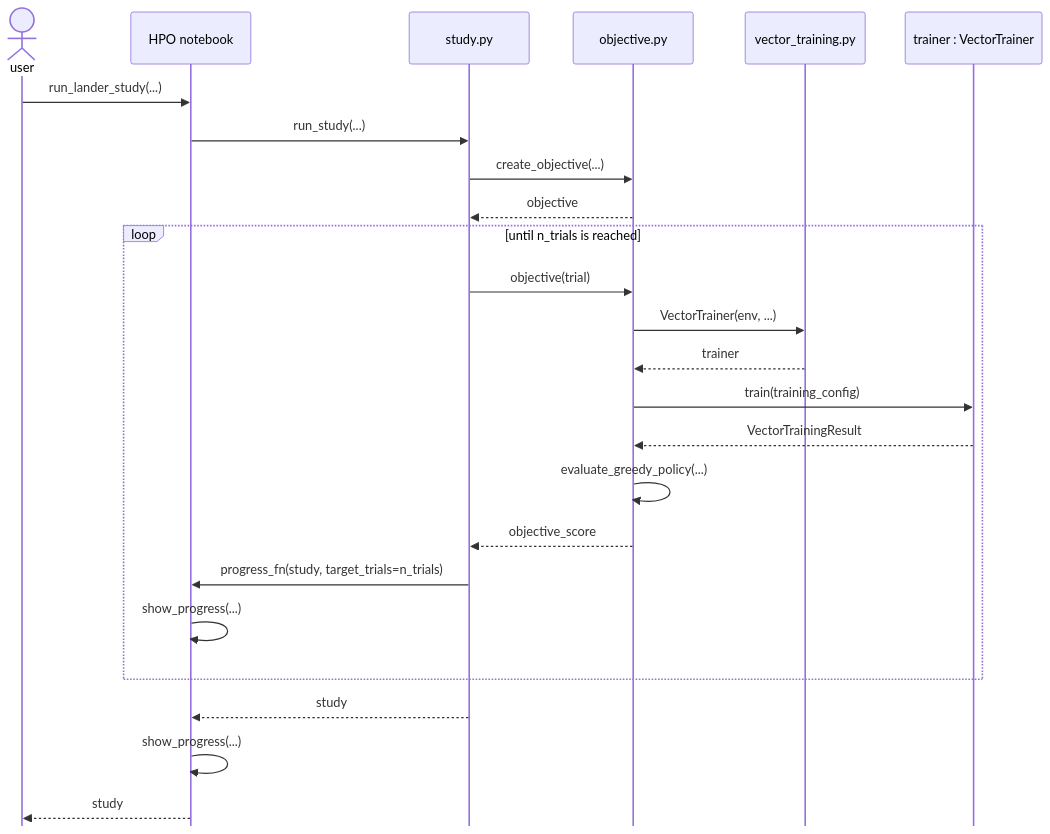
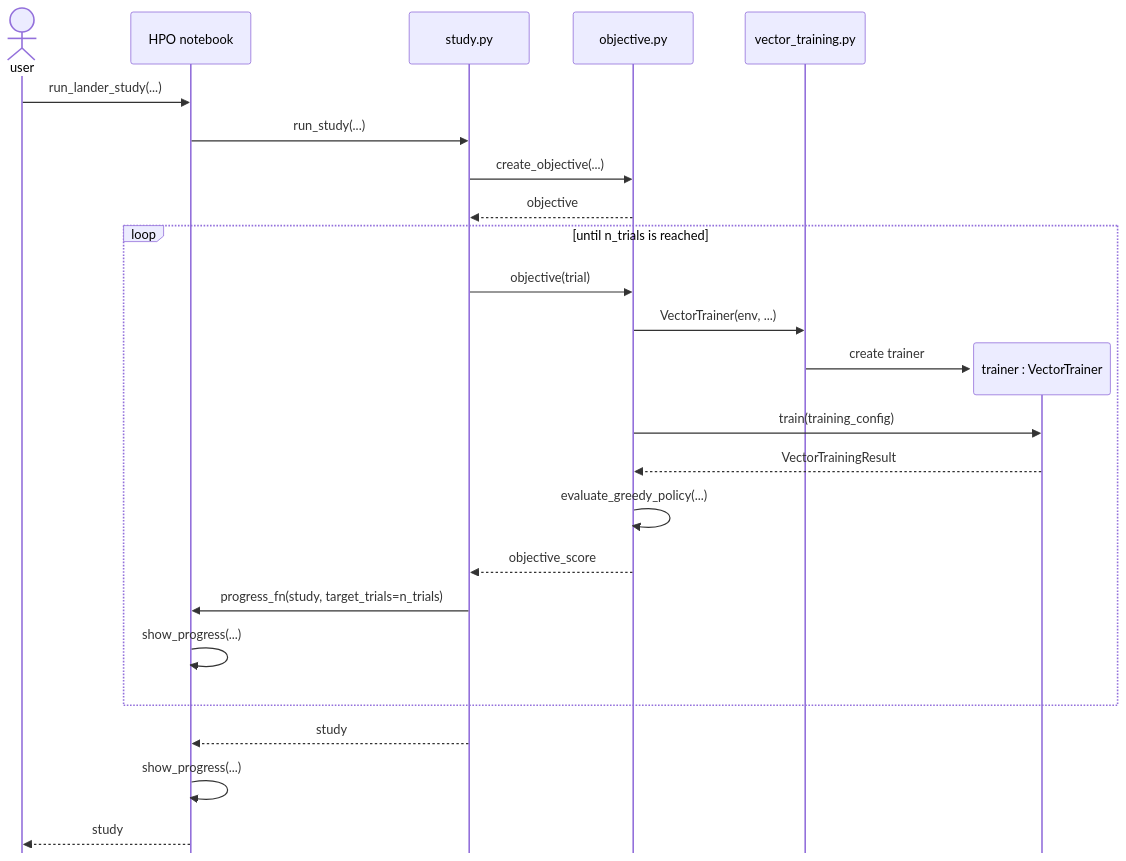
One commit to miwehle/rl_lab changed the diagram in hpo/sequence_diagram.md. Above: the diagram before and after it, drawn with Mermaid.

````diff
--- a/hpo/sequence_diagram.md
+++ b/hpo/sequence_diagram.md
@@ -3,31 +3,31 @@
 ```mermaid
 %%{init: {"sequence": {"mirrorActors": false}}}%%
 sequenceDiagram
     actor user
     participant notebook as HPO notebook
     participant study as study.py
     participant objective as objective.py
     participant vector_training as vector_training.py
-    participant trainer as trainer : VectorTrainer
 
     user->>notebook: run_lander_study(...)
     notebook->>study: run_study(...)
     study->>objective: create_objective(...)
     objective-->>study: objective
 
     loop until n_trials is reached
         study->>objective: objective(trial)
         objective->>vector_training: VectorTrainer(env, ...)
-        vector_training-->>objective: trainer
+        create participant trainer as trainer : VectorTrainer
+        vector_training->>trainer: create trainer
         objective->>trainer: train(training_config)
         trainer-->>objective: VectorTrainingResult
         objective->>objective: evaluate_greedy_policy(...)
         objective-->>study: objective_score
         study->>notebook: progress_fn(study, target_trials=n_trials)
         notebook->>notebook: show_progress(...)
     end
 
     study-->>notebook: study
     notebook->>notebook: show_progress(...)
     notebook-->>user: study
 ```
````
